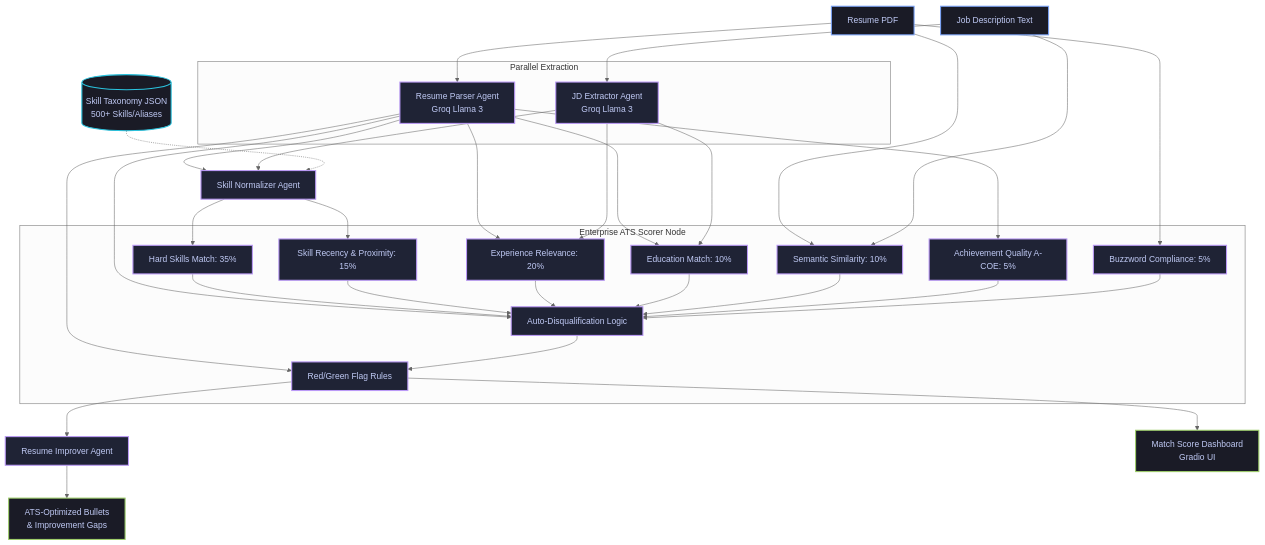
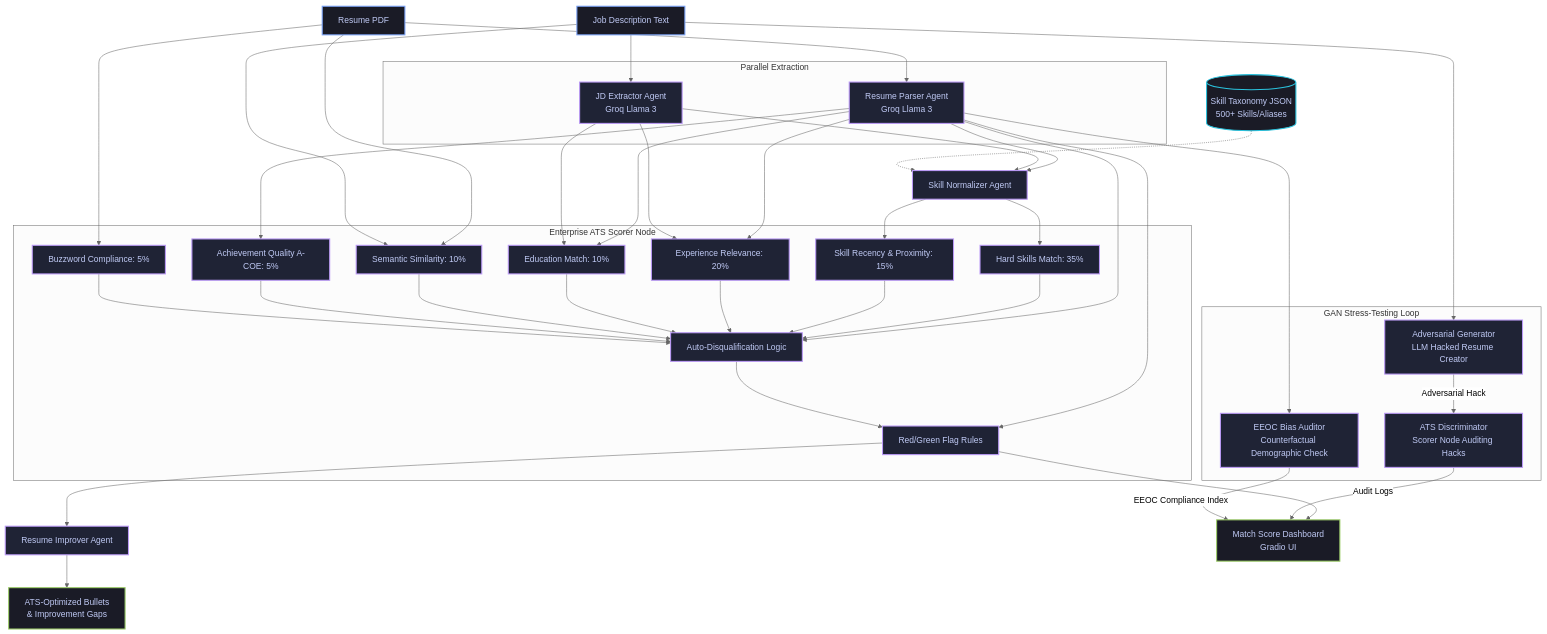
One commit to naman-fr/PSI_resume_analyser changed the diagram in README.md. Above: the diagram before and after it, drawn with Mermaid (neutral theme). The commit also changed 3 other files, not shown here.

Commit message:
Add Generative Adversarial Network (GAN) stress-tester and EEOC demographic fairness audit

````diff
--- a/README.md
+++ b/README.md
@@ -27,62 +27,75 @@
 ```mermaid
 graph TD
     %% Styling
     classDef input fill:#1a1b26,stroke:#7aa2f7,stroke-width:2px,color:#c0caf5;
     classDef agent fill:#1f2335,stroke:#bb9af7,stroke-width:2px,color:#c0caf5;
     classDef database fill:#1a1b26,stroke:#2ac3de,stroke-width:2px,color:#c0caf5;
     classDef output fill:#1a1b26,stroke:#9ece6a,stroke-width:2px,color:#c0caf5;
 
     %% Nodes
     A[Resume PDF]:::input
     B[Job Description Text]:::input
     
     subgraph Parallel Extraction
         C[Resume Parser Agent<br/>Groq Llama 3]:::agent
         D[JD Extractor Agent<br/>Groq Llama 3]:::agent
     end
     
     E[Skill Normalizer Agent]:::agent
     F[(Skill Taxonomy JSON<br/>500+ Skills/Aliases)]:::database
     
     subgraph Enterprise ATS Scorer Node
         G1[Hard Skills Match: 35%]:::agent
         G2[Skill Recency & Proximity: 15%]:::agent
         G3[Experience Relevance: 20%]:::agent
         G4[Education Match: 10%]:::agent
         G5[Semantic Similarity: 10%]:::agent
         G6[Achievement Quality A-COE: 5%]:::agent
         G7[Buzzword Compliance: 5%]:::agent
         G8[Auto-Disqualification Logic]:::agent
         G9[Red/Green Flag Rules]:::agent
     end
+
+    subgraph GAN Stress-Testing Loop
+        GAN_Gen[Adversarial Generator<br/>LLM Hacked Resume Creator]:::agent
+        GAN_Dis[ATS Discriminator<br/>Scorer Node Auditing Hacks]:::agent
+        GAN_EEOC[EEOC Bias Auditor<br/>Counterfactual Demographic Check]:::agent
+    end
     
     H[Resume Improver Agent]:::agent
     
     I[Match Score Dashboard<br/>Gradio UI]:::output
     J[ATS-Optimized Bullets<br/>& Improvement Gaps]:::output
 
     %% Edges
     A --> C
     B --> D
     C --> E
     D --> E
     F -.-> E
     E --> G1
     E --> G2
     C --> G3
     D --> G3
     C --> G4
     D --> G4
     A --> G5
     B --> G5
     C --> G6
     A --> G7
     C --> G8
     C --> G9
     
     G1 & G2 & G3 & G4 & G5 & G6 & G7 --> G8
     G8 --> G9
     G9 --> H
     G9 --> I
     H --> J
+
+    %% GAN Edges
+    B --> GAN_Gen
+    GAN_Gen -->|Adversarial Hack| GAN_Dis
+    GAN_Dis -->|Audit Logs| I
+    C --> GAN_EEOC
+    GAN_EEOC -->|EEOC Compliance Index| I
 ```
````
